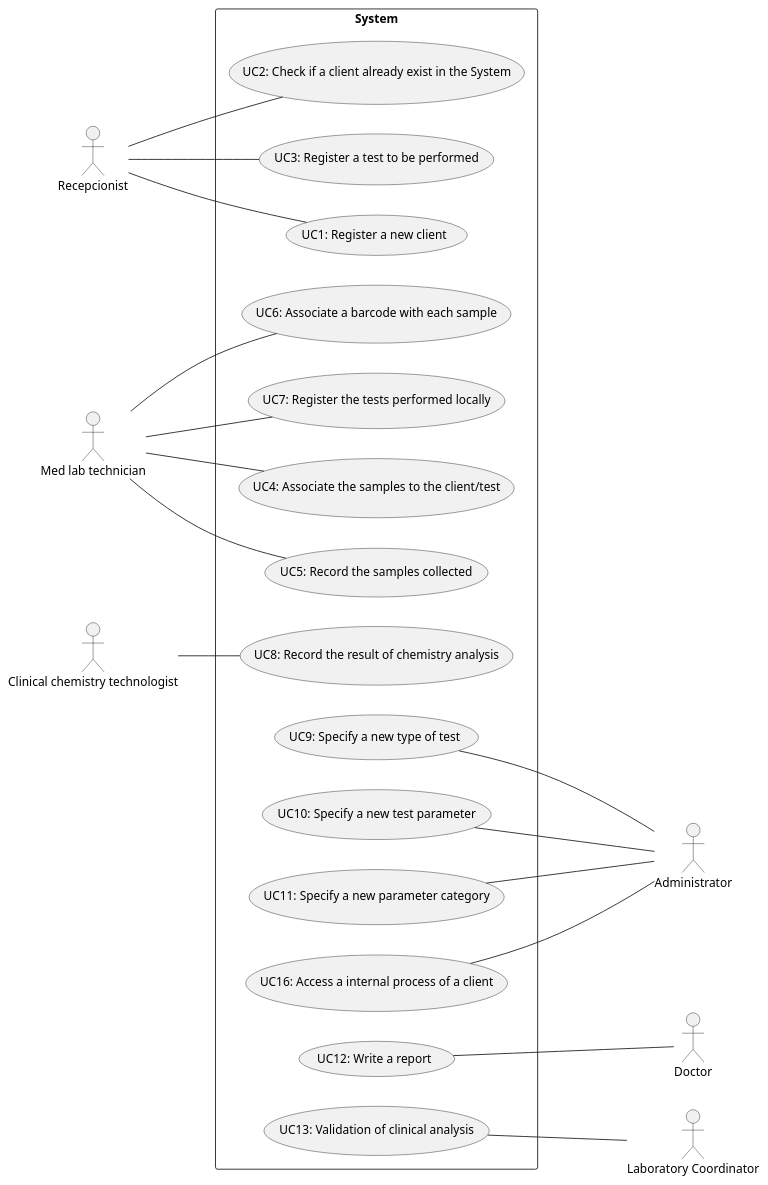
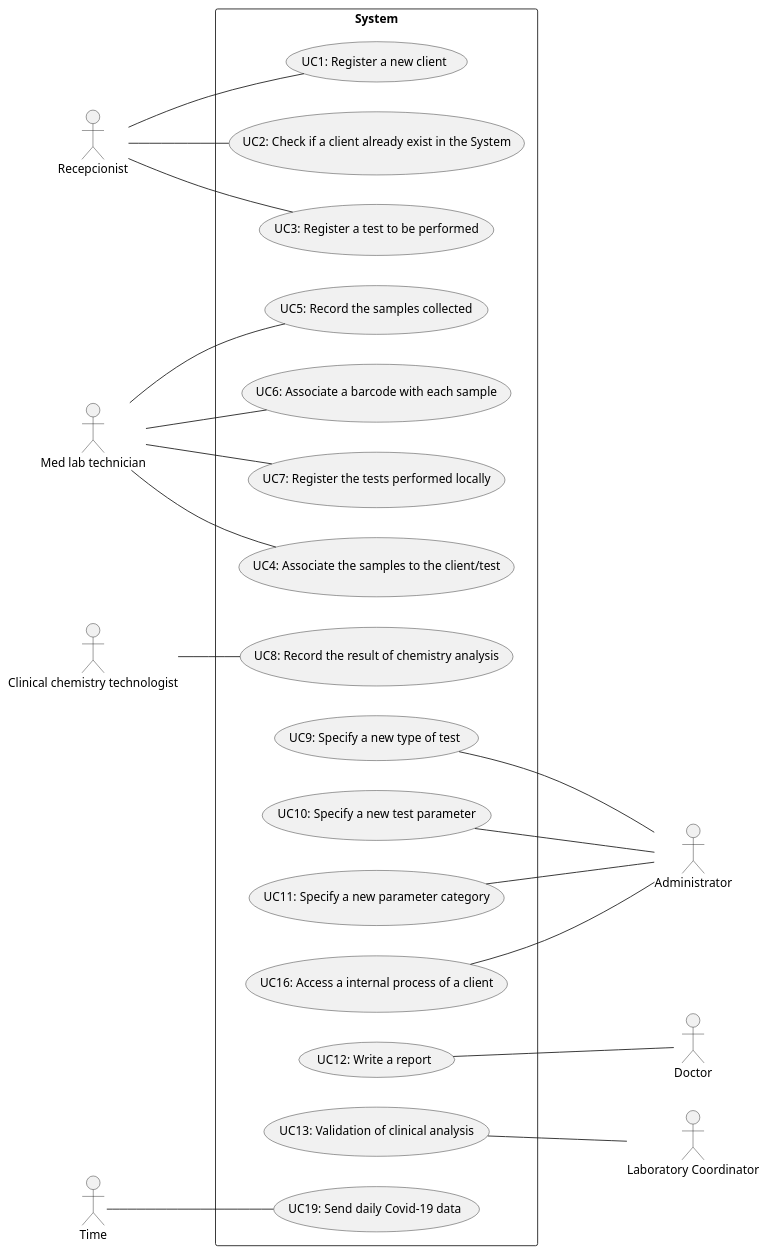
Before and after one commit to manu-07-ela/LAPR2_ISEP: the diagram in docs/SprintA/UCD.puml, drawn with PlantUML. The commit also changed 1 other file, not shown here.

```diff
--- a/docs/SprintA/UCD.puml
+++ b/docs/SprintA/UCD.puml
@@ -1,52 +1,55 @@
 @startuml
 'https://plantuml.com/use-case-diagram
 left to right direction
 actor "Administrator" as Adm
 actor "Recepcionist" as Recp
 actor "Med lab technician" as MedLab
 actor "Clinical chemistry technologist" as ClinTec
 actor "Doctor" as Doc
 actor "Laboratory Coordinator" as LabCod
+actor "Time" as Time
 
 
 rectangle System{
 
 usecase "UC1: Register a new client" as UC1
 usecase "UC2: Check if a client already exist in the System" as UC2
 usecase "UC3: Register a test to be performed" as UC3
 usecase "UC4: Associate the samples to the client/test" as UC4
 usecase "UC5: Record the samples collected" as UC5
 usecase "UC6: Associate a barcode with each sample" as UC6
 usecase "UC7: Register the tests performed locally" as UC7
 usecase "UC8: Record the result of chemistry analysis" as UC8
 usecase "UC9: Specify a new type of test" as UC9
 usecase "UC10: Specify a new test parameter" as UC10
 usecase "UC11: Specify a new parameter category" as UC11
 usecase "UC12: Write a report" as UC12
 usecase "UC13: Validation of clinical analysis" as UC13
 usecase "UC16: Access a internal process of a client" as UC16
+usecase "UC19: Send daily Covid-19 data" as UC19
 
 }
 
 Recp -- UC1
 Recp -- UC2
 Recp -- UC3
 MedLab -- UC4
 MedLab -- UC5
 MedLab -- UC6
 MedLab -- UC7
 ClinTec -- UC8
 UC9 --- Adm
 UC10 --- Adm
 UC11 --- Adm
 UC16 --- Adm
 UC12 --- Doc
 UC13 --- LabCod
+Time -- UC19
 
 
 
 
 
 
 
 @enduml
```
